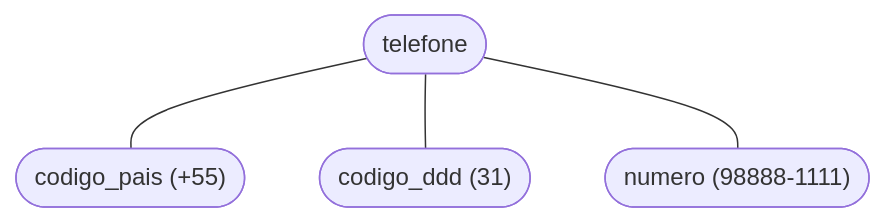
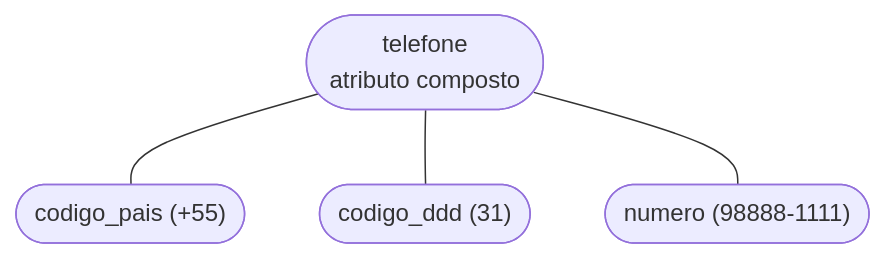
Before and after one commit to leorruas/puc: the third of 6 diagrams in 02. Modelagem de Dados/05. Modelagem de entidades e tipos de atributos.md, drawn with Mermaid. The commit also changed other lines of this file, not shown here.

Commit message:
Normaliza diagramas de entidades e atributos

````diff
--- a/02. Modelagem de Dados/05. Modelagem de entidades e tipos de atributos.md
+++ b/02. Modelagem de Dados/05. Modelagem de entidades e tipos de atributos.md
@@ -146,11 +135,11 @@
 ```mermaid
 flowchart TD
-    TelComp(["telefone"])
-    Pais(["codigo_pais (+55)"])
-    DDD(["codigo_ddd (31)"])
-    NumTel(["numero (98888-1111)"])
+    Telefone(["telefone<br>atributo composto"]):::component
+    Pais(["codigo_pais (+55)"]):::data
+    DDD(["codigo_ddd (31)"]):::data
+    Numero(["numero (98888-1111)"]):::data
 
-    TelComp --- Pais
-    TelComp --- DDD
-    TelComp --- NumTel
+    Telefone --- Pais
+    Telefone --- DDD
+    Telefone --- Numero
 ```
````
